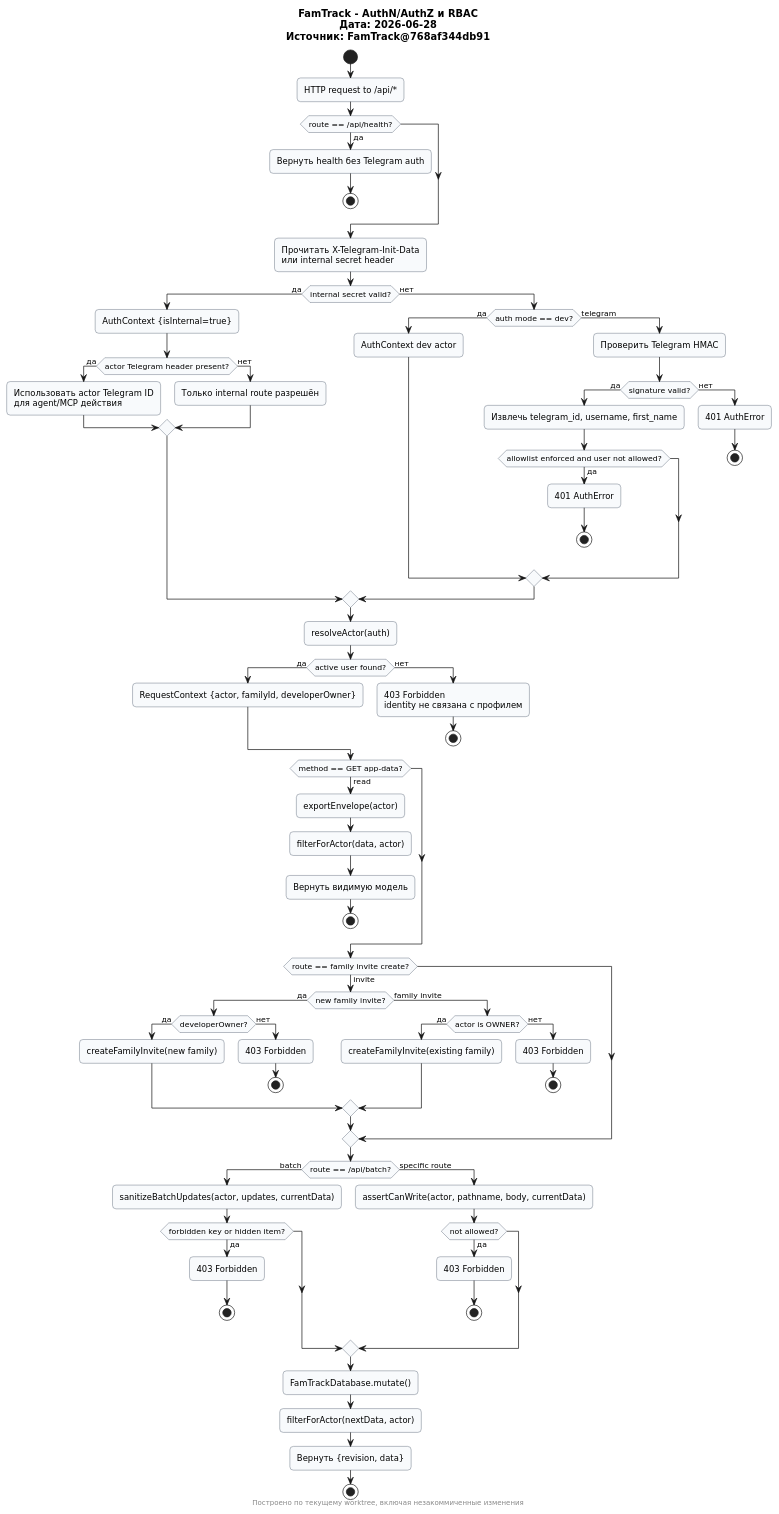
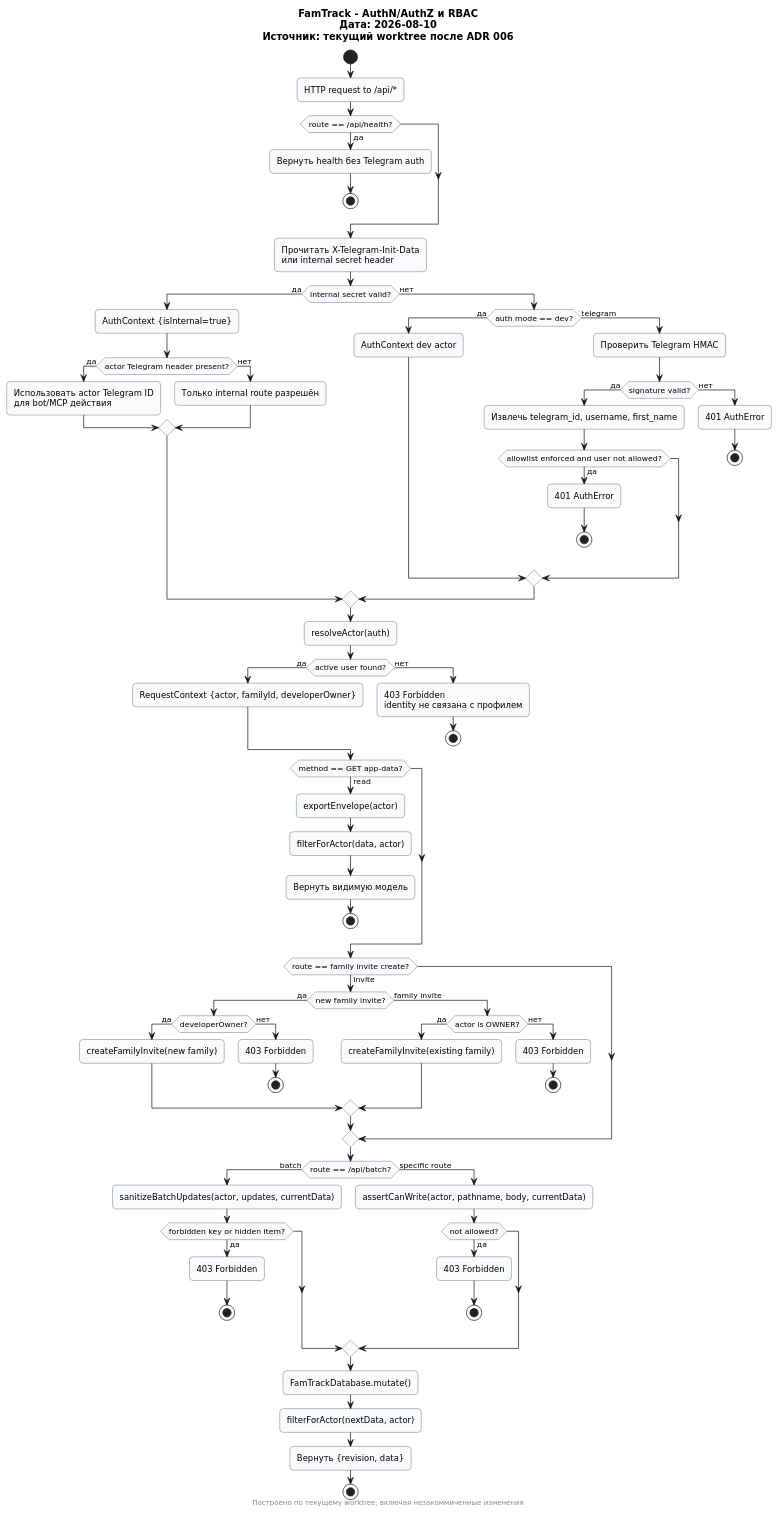
One commit to NaqpaniA/FamTrack changed the diagram in docs/architecture/diagrams/security-rbac.puml. Above: the diagram before and after it, drawn with PlantUML. The commit also changed other lines of this file and 44 other files, not shown here.

```diff
--- a/docs/architecture/diagrams/security-rbac.puml
+++ b/docs/architecture/diagrams/security-rbac.puml
@@ -1,104 +1,104 @@
 @startuml
 title
 FamTrack - AuthN/AuthZ и RBAC
-Дата: 2026-06-28
-Источник: FamTrack@768af344db91
+Дата: 2026-08-10
+Источник: текущий worktree после ADR 006
 end title
 footer Построено по текущему worktree, включая незакоммиченные изменения
 
 skinparam shadowing false
 skinparam roundcorner 10
 skinparam defaultFontName "DejaVu Sans"
 skinparam activity {
   BackgroundColor #F8FAFC
   BorderColor #334155
 }
 
 start
 :HTTP request to /api/*;
 
 if (route == /api/health?) then (да)
   :Вернуть health без Telegram auth;
   stop
 endif
 
 :Прочитать X-Telegram-Init-Data\nили internal secret header;
 
 if (internal secret valid?) then (да)
   :AuthContext {isInternal=true};
   if (actor Telegram header present?) then (да)
-    :Использовать actor Telegram ID\nдля agent/MCP действия;
+    :Использовать actor Telegram ID\nдля bot/MCP действия;
   else (нет)
     :Только internal route разрешён;
   endif
 else (нет)
   if (auth mode == dev?) then (да)
     :AuthContext dev actor;
   else (telegram)
     :Проверить Telegram HMAC;
     if (signature valid?) then (да)
       :Извлечь telegram_id, username, first_name;
       if (allowlist enforced and user not allowed?) then (да)
         :401 AuthError;
         stop
       endif
     else (нет)
       :401 AuthError;
       stop
     endif
   endif
 endif
 
 :resolveActor(auth);
 if (active user found?) then (да)
   :RequestContext {actor, familyId, developerOwner};
 else (нет)
   :403 Forbidden\nidentity не связана с профилем;
   stop
 endif
 
 if (method == GET app-data?) then (read)
   :exportEnvelope(actor);
   :filterForActor(data, actor);
   :Вернуть видимую модель;
   stop
 endif
 
 if (route == family invite create?) then (invite)
   if (new family invite?) then (да)
     if (developerOwner?) then (да)
       :createFamilyInvite(new family);
     else (нет)
       :403 Forbidden;
       stop
     endif
   else (family invite)
     if (actor is OWNER?) then (да)
       :createFamilyInvite(existing family);
     else (нет)
       :403 Forbidden;
       stop
     endif
   endif
 endif
 
 if (route == /api/batch?) then (batch)
   :sanitizeBatchUpdates(actor, updates, currentData);
   if (forbidden key or hidden item?) then (да)
     :403 Forbidden;
     stop
   endif
 else (specific route)
   :assertCanWrite(actor, pathname, body, currentData);
   if (not allowed?) then (да)
     :403 Forbidden;
     stop
   endif
 endif
 
 :FamTrackDatabase.mutate();
 :filterForActor(nextData, actor);
 :Вернуть {revision, data};
 stop
 
 @enduml
```
